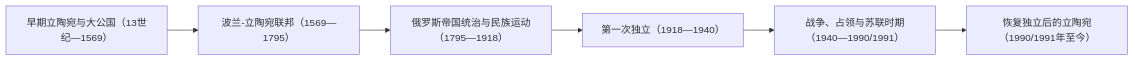
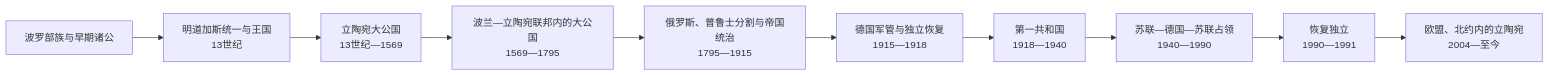
One commit to tianlan-dev/learning-notes changed the diagram in 人文科学/历史/欧洲/波罗的海/立陶宛/README.md. Above: the diagram before and after it, drawn with Mermaid. The commit also changed other lines of this file and 1417 other files, not shown here.

````diff
--- a/人文科学/历史/欧洲/波罗的海/立陶宛/README.md
+++ b/人文科学/历史/欧洲/波罗的海/立陶宛/README.md
@@ -13,8 +9,12 @@
 ```mermaid
 flowchart LR
-    GrandDuchy["早期立陶宛与大公国（13世纪—1569）"] --> Commonwealth["波兰-立陶宛联邦（1569—1795）"]
-    Commonwealth --> RussianEmpire["俄罗斯帝国统治与民族运动（1795—1918）"]
-    RussianEmpire --> FirstRepublic["第一次独立（1918—1940）"]
-    FirstRepublic --> Occupations["战争、占领与苏联时期（1940—1990/1991）"]
-    Occupations --> Restored["恢复独立后的立陶宛（1990/1991年至今）"]
+    B["波罗部族与早期诸公"] --> M["明道加斯统一与王国<br/>13世纪"]
+    M --> G["立陶宛大公国<br/>13世纪—1569"]
+    G --> C["波兰—立陶宛联邦内的大公国<br/>1569—1795"]
+    C --> R["俄罗斯、普鲁士分割与帝国统治<br/>1795—1915"]
+    R --> D["德国军管与独立恢复<br/>1915—1918"]
+    D --> F["第一共和国<br/>1918—1940"]
+    F --> O["苏联—德国—苏联占领<br/>1940—1990"]
+    O --> I["恢复独立<br/>1990—1991"]
+    I --> E["欧盟、北约内的立陶宛<br/>2004—至今"]
 ```
````
